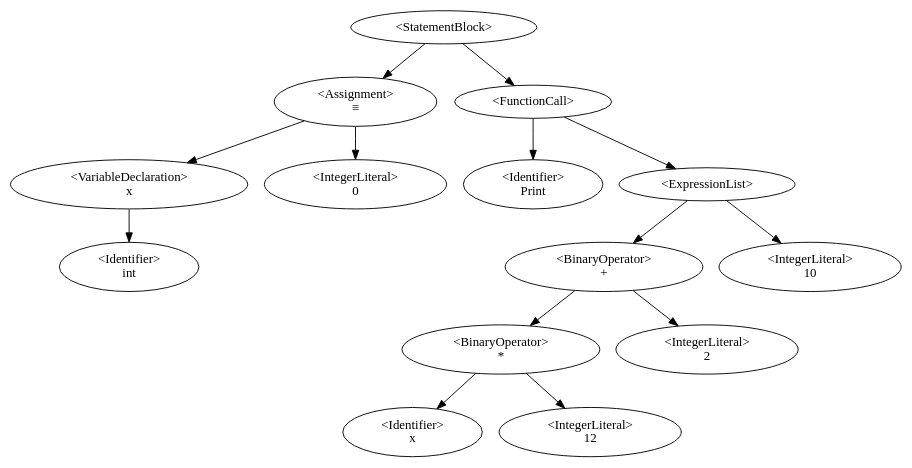
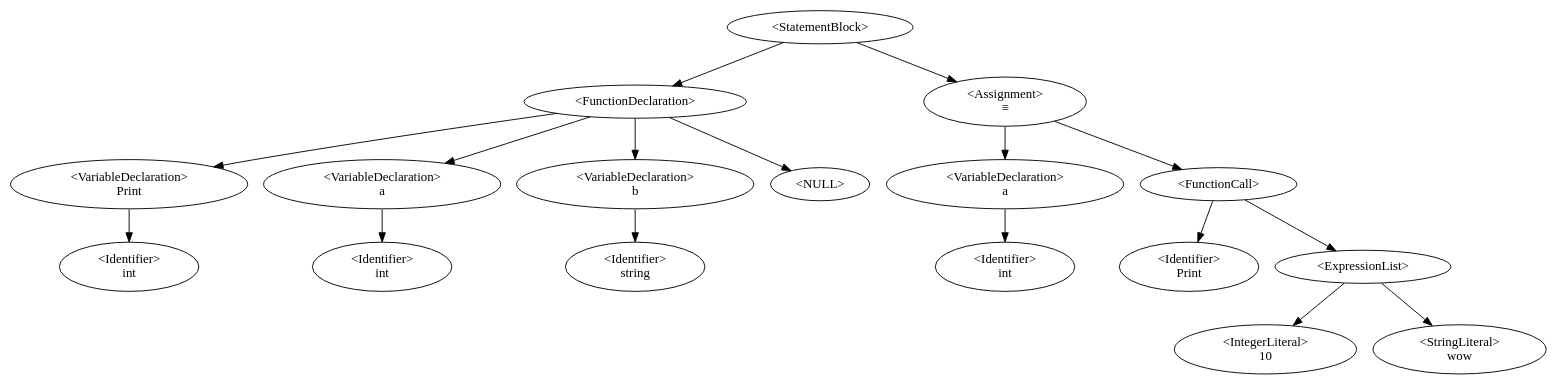
The diagram in Dino/Dino/AstDisplay.gv (QazmoQwerty/dino), drawn with Graphviz before and after one commit. The commit also changed 5 other files, not shown here.

```diff
--- a/Dino/Dino/AstDisplay.gv
+++ b/Dino/Dino/AstDisplay.gv
@@ -1,16 +1,18 @@
 digraph G {
-0 [label="<StatementBlock>"];0->3;0->6;
-3 [label="<Assignment>\n≡"];3->2;3->4;
-2 [label="<VariableDeclaration>\nx"];2->1;
+0 [label="<StatementBlock>"];0->3;0->11;
+3 [label="<FunctionDeclaration>\n"];3->2;3->5;3->8;3->-1;-1 [label="<NULL>"];
+2 [label="<VariableDeclaration>\nPrint"];2->1;
 1 [label="<Identifier>\nint"];
-4 [label="<IntegerLiteral>\n0"];
-6 [label="<FunctionCall>\n"];6->5;6->12;
-5 [label="<Identifier>\nPrint"];
-12 [label="<ExpressionList>"];12->10;12->13;
-10 [label="<BinaryOperator>\n+"];10->8;10->11;
-8 [label="<BinaryOperator>\n*"];8->7;8->9;
-7 [label="<Identifier>\nx"];
-9 [label="<IntegerLiteral>\n12"];
-11 [label="<IntegerLiteral>\n2"];
-13 [label="<IntegerLiteral>\n10"];
+5 [label="<VariableDeclaration>\na"];5->4;
+4 [label="<Identifier>\nint"];
+8 [label="<VariableDeclaration>\nb"];8->7;
+7 [label="<Identifier>\nstring"];
+11 [label="<Assignment>\n≡"];11->10;11->13;
+10 [label="<VariableDeclaration>\na"];10->9;
+9 [label="<Identifier>\nint"];
+13 [label="<FunctionCall>\n"];13->12;13->15;
+12 [label="<Identifier>\nPrint"];
+15 [label="<ExpressionList>"];15->14;15->16;
+14 [label="<IntegerLiteral>\n10"];
+16 [label="<StringLiteral>\nwow"];
 }
```
